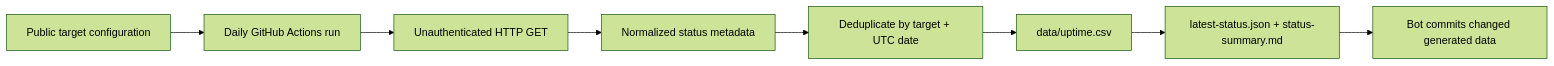
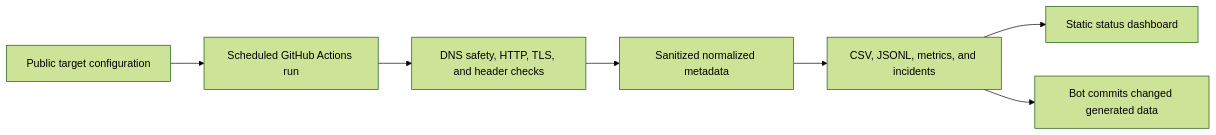
Before and after one commit to spicyital/portfolio-ops: the diagram in README.md, drawn with Mermaid (forest theme). The commit also changed other lines of this file, not shown here.

Commit message:
docs: correct monitoring schedule and permissions

````diff
--- a/README.md
+++ b/README.md
@@ -28,10 +28,9 @@
 ```mermaid
 flowchart LR
-    A[Public target configuration] --> B[Daily GitHub Actions run]
-    B --> C[Unauthenticated HTTP GET]
-    C --> D[Normalized status metadata]
-    D --> E[Deduplicate by target + UTC date]
-    E --> F[data/uptime.csv]
-    F --> G[latest-status.json + status-summary.md]
-    G --> H[Bot commits changed generated data]
+    A[Public target configuration] --> B[Scheduled GitHub Actions run]
+    B --> C[DNS safety, HTTP, TLS, and header checks]
+    C --> D[Sanitized normalized metadata]
+    D --> E[CSV, JSONL, metrics, and incidents]
+    E --> F[Static status dashboard]
+    E --> G[Bot commits changed generated data]
 ```
````
